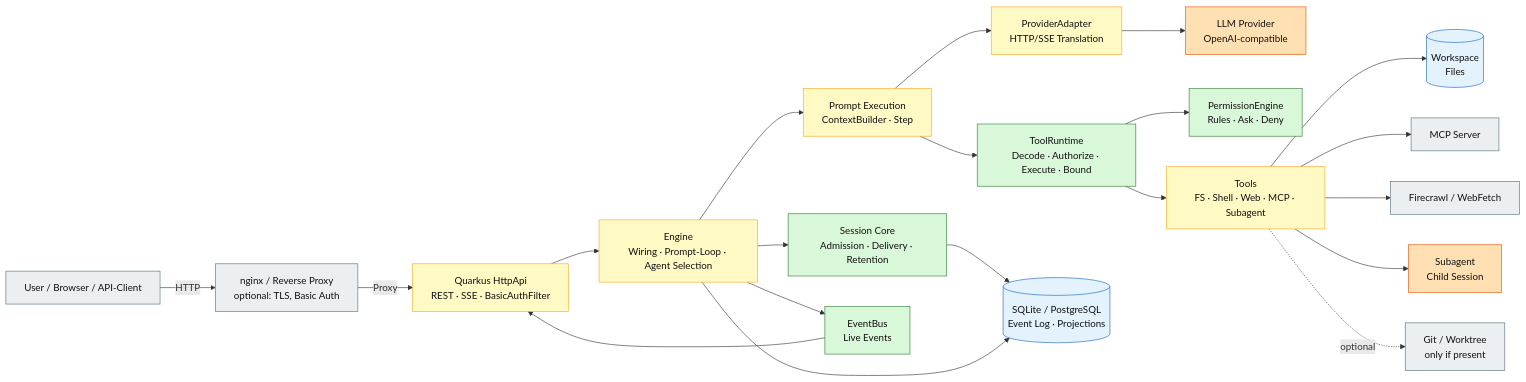
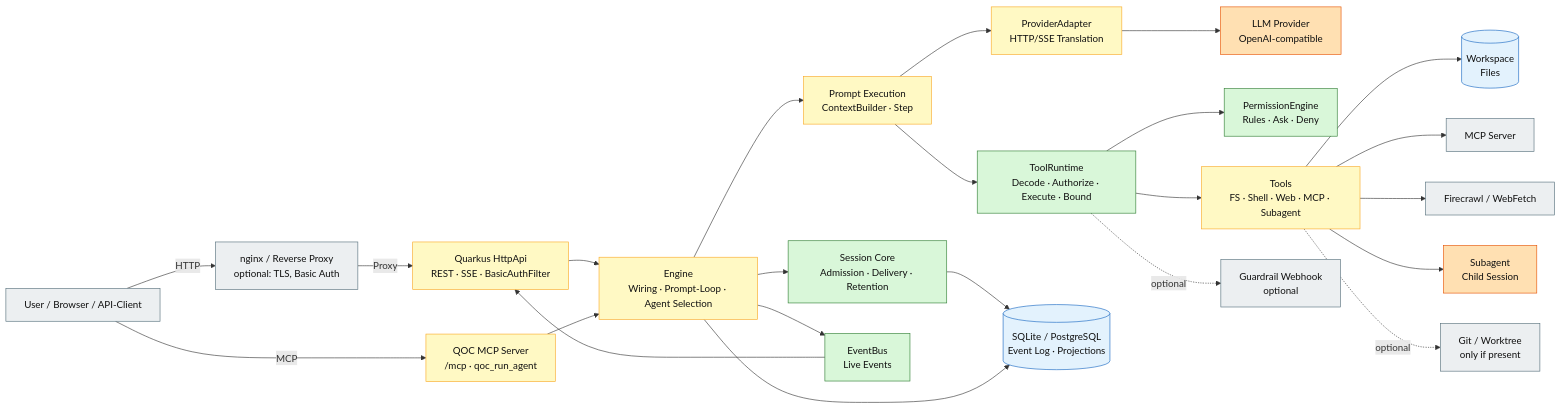
One commit to augmentia-de/QOC changed the diagram in docs/diagrams/01-system-context.md. Above: the diagram before and after it, drawn with Mermaid. The commit also changed 31 other files, not shown here.

First line of the commit message:
Add security features: auth modes, principals, trusted proxy, OIDC, webhook guardrail wiring

````diff
--- a/docs/diagrams/01-system-context.md
+++ b/docs/diagrams/01-system-context.md
@@ -9,47 +9,52 @@
 ```mermaid
 flowchart LR
   User["User / Browser / API-Client"]:::ext
   Edge["nginx / Reverse Proxy<br/>optional: TLS, Basic Auth"]:::ext
   Api["Quarkus HttpApi<br/>REST · SSE · BasicAuthFilter"]:::mixed
   Engine["Engine<br/>Wiring · Prompt-Loop · Agent Selection"]:::mixed
   Session["Session Core<br/>Admission · Delivery · Retention"]:::det
   Exec["Prompt Execution<br/>ContextBuilder · Step"]:::mixed
   Provider["ProviderAdapter<br/>HTTP/SSE Translation"]:::mixed
   Llm["LLM Provider<br/>OpenAI-compatible"]:::llm
   Tools["ToolRuntime<br/>Decode · Authorize · Execute · Bound"]:::det
   Perm["PermissionEngine<br/>Rules · Ask · Deny"]:::det
   ToolSet["Tools<br/>FS · Shell · Web · MCP · Subagent"]:::mixed
   Workspace[("Workspace<br/>Files")]:::store
   Mcp["MCP Server"]:::ext
+  QocMcp["QOC MCP Server<br/>/mcp · qoc_run_agent"]:::mixed
+  Guardrail["Guardrail Webhook<br/>optional"]:::ext
   Web["Firecrawl / WebFetch"]:::ext
   Child["Subagent<br/>Child Session"]:::llm
   Store[("SQLite / PostgreSQL<br/>Event Log · Projections")]:::store
   Bus["EventBus<br/>Live Events"]:::det
   Git["Git / Worktree<br/>only if present"]:::ext
 
   User -->|"HTTP"| Edge
   Edge -->|"Proxy"| Api
   Api --> Engine
   Engine --> Session
   Engine --> Exec
   Exec --> Provider
   Provider --> Llm
   Exec --> Tools
   Tools --> Perm
   Tools --> ToolSet
   ToolSet --> Workspace
   ToolSet --> Mcp
   ToolSet --> Web
+  User -->|"MCP"| QocMcp
+  QocMcp --> Engine
+  Tools -.->|"optional"| Guardrail
   ToolSet --> Child
   Session --> Store
   Engine --> Store
   Engine --> Bus
   Bus --> Api
   ToolSet -.->|"optional"| Git
 
   classDef det fill:#d9f7d9,stroke:#2e7d32,stroke-width:1px,color:#111;
   classDef llm fill:#ffe0b2,stroke:#e65100,stroke-width:1px,color:#111;
   classDef mixed fill:#fff9c4,stroke:#f9a825,stroke-width:1px,color:#111;
   classDef ext fill:#eceff1,stroke:#546e7a,stroke-width:1px,color:#111;
   classDef store fill:#e3f2fd,stroke:#1565c0,stroke-width:1px,color:#111;
 ```
````
